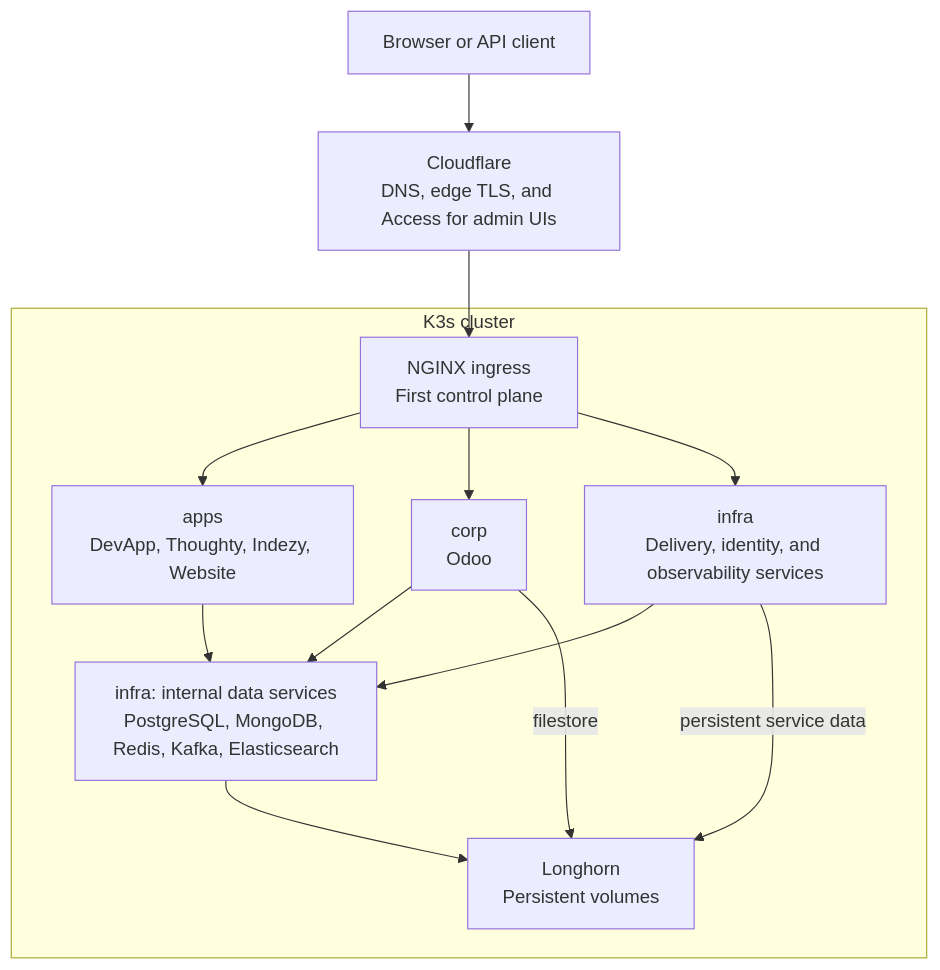
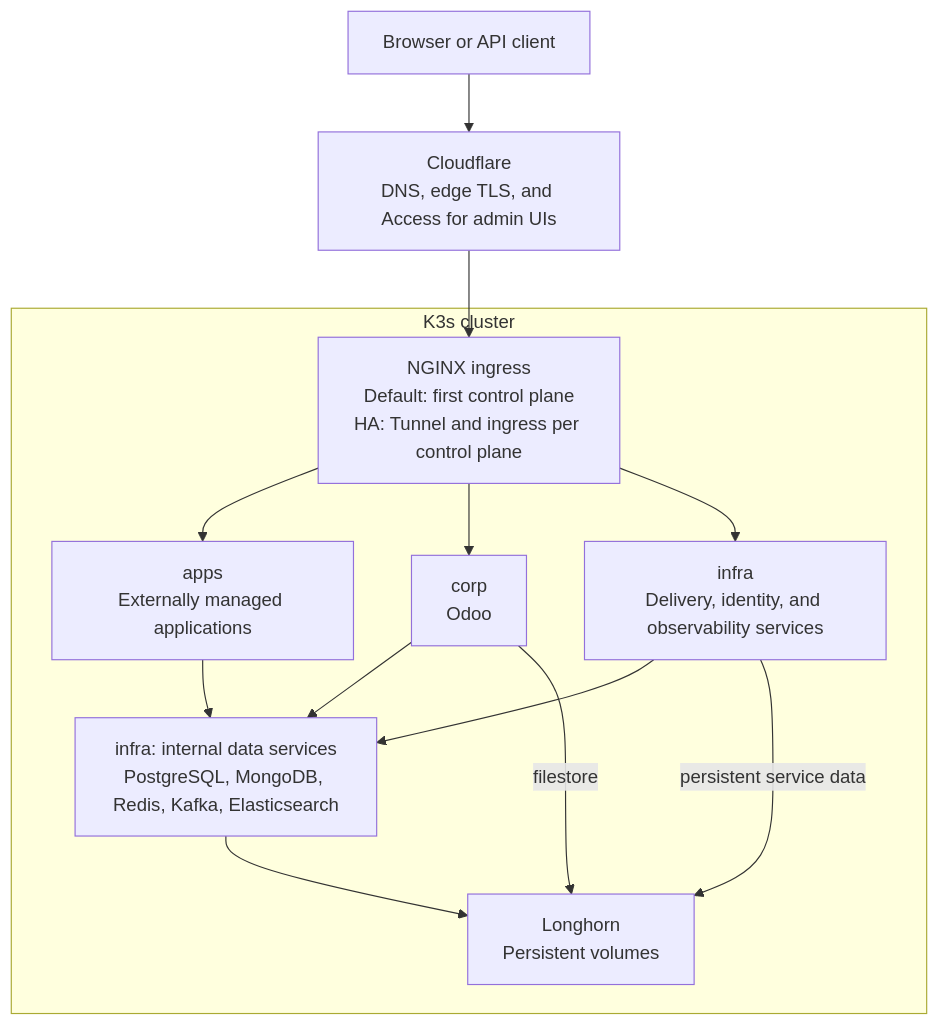
One commit to chefzaid/bm-cluster changed the diagram in README.md. Above: the diagram before and after it, drawn with Mermaid. The commit also changed other lines of this file and 88 other files, not shown here.

Commit message:
Prepare end-to-end HA while keeping the platform application-independent

````diff
--- a/README.md
+++ b/README.md
@@ -13,24 +13,24 @@
 ```mermaid
 flowchart TB
     accTitle: Cluster architecture and application ownership
-    accDescr: Public traffic enters through Cloudflare and the first control plane. Application and platform services use internal data services and persistent storage.
+    accDescr: Public traffic enters through Cloudflare. Default ingress uses the first control plane; the optional HA profile uses replicated tunnel connectors and ingress on every control plane. Applications and platform services use internal data services and persistent storage.
     Client["Browser or API client"] --> CF["Cloudflare<br/>DNS, edge TLS, and Access for admin UIs"]
     subgraph Cluster["K3s cluster"]
-        Ingress["NGINX ingress<br/>First control plane"]
-        Apps["apps<br/>DevApp, Thoughty, Indezy, Website"]
+        Ingress["NGINX ingress<br/>Default: first control plane<br/>HA: Tunnel and ingress per control plane"]
+        Apps["apps<br/>Externally managed applications"]
         Corp["corp<br/>Odoo"]
         Platform["infra<br/>Delivery, identity, and observability services"]
         Data["infra: internal data services<br/>PostgreSQL, MongoDB, Redis, Kafka, Elasticsearch"]
         Storage["Longhorn<br/>Persistent volumes"]
         Ingress --> Apps
         Ingress --> Corp
         Ingress --> Platform
         Apps --> Data
         Corp --> Data
         Platform --> Data
         Corp -->|filestore| Storage
         Platform -->|persistent service data| Storage
         Data --> Storage
     end
     CF --> Ingress
 ```
````
